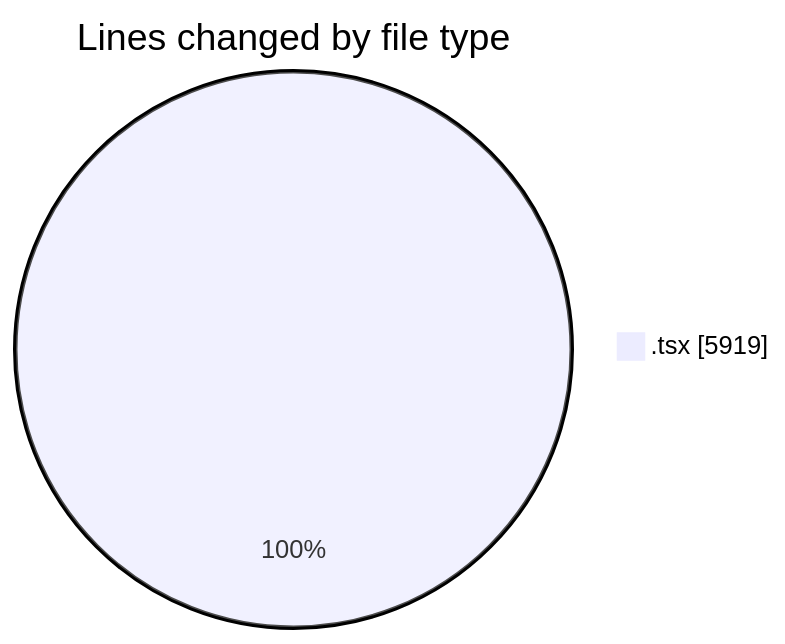
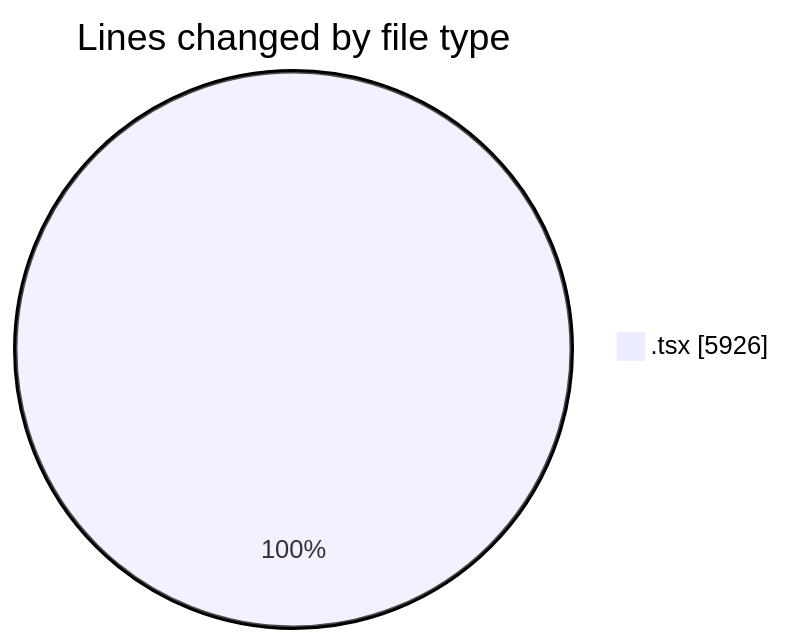
Before and after one commit to momahboobian/code-tracking: the first of 2 diagrams in 2025-12-04/cda/README.md, drawn with Mermaid. The commit also changed other lines of this file and 1 other file, not shown here.

````diff
--- a/2025-12-04/cda/README.md
+++ b/2025-12-04/cda/README.md
@@ -22,5 +22,5 @@
 ```mermaid
 pie showData
 title Lines changed by file type
-".tsx" : 5919
+".tsx" : 5926
 ```
````
